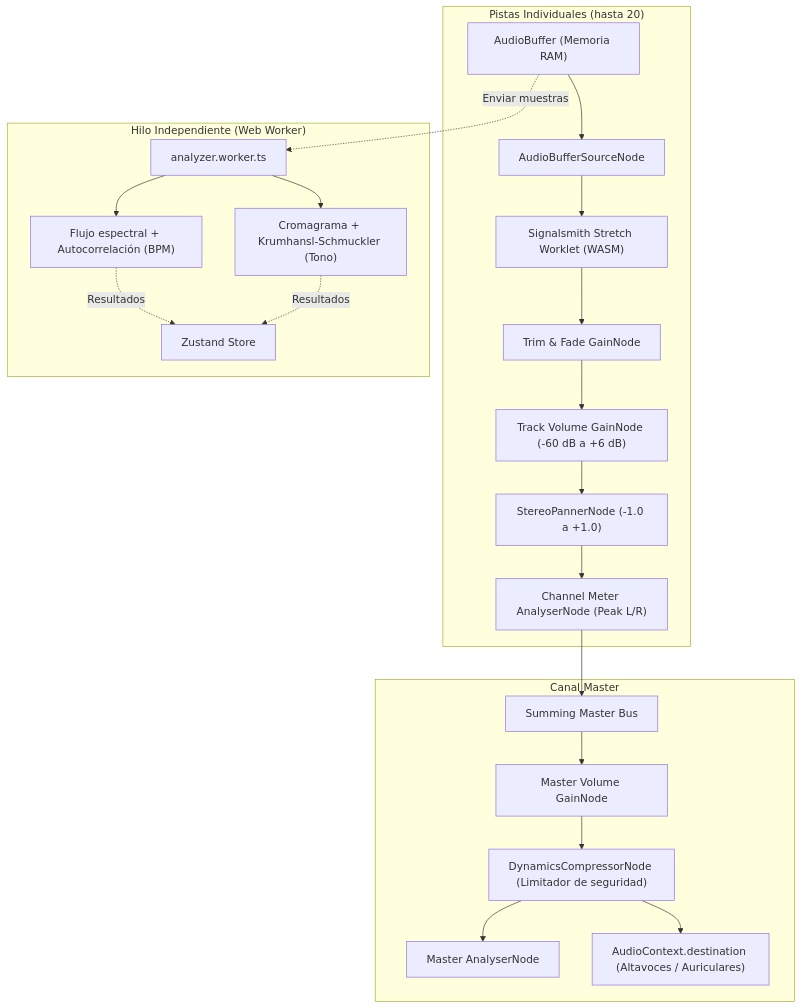
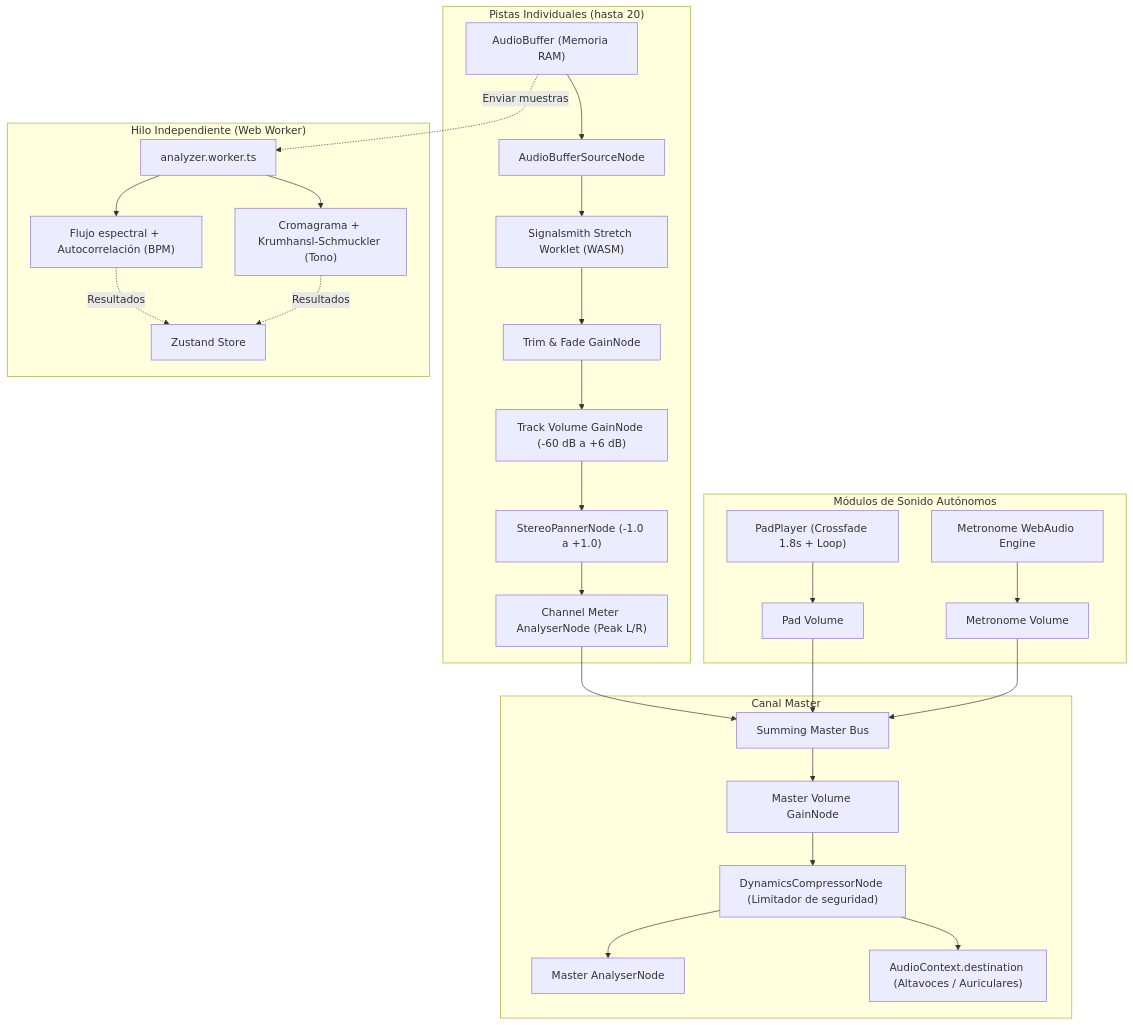
Before and after one commit to edgardovalladares/OpenMT: the diagram in README.md, drawn with Mermaid. The commit also changed other lines of this file, not shown here.

Commit message:
docs: update README with worship pads, metronome, continuous timeline and releases downloads

````diff
--- a/README.md
+++ b/README.md
@@ -174,27 +207,34 @@
 ```mermaid
 flowchart TD
     subgraph Pistas ["Pistas Individuales (hasta 20)"]
         AudioBuffer["AudioBuffer (Memoria RAM)"] --> PlayheadNode["AudioBufferSourceNode"]
         PlayheadNode --> StretchNode["Signalsmith Stretch Worklet (WASM)"]
         StretchNode --> TrimFadeGain["Trim & Fade GainNode"]
         TrimFadeGain --> TrackGain["Track Volume GainNode (-60 dB a +6 dB)"]
         TrackGain --> StereoPanner["StereoPannerNode (-1.0 a +1.0)"]
         StereoPanner --> MeterTap["Channel Meter AnalyserNode (Peak L/R)"]
     end
 
+    subgraph ModulosIndependientes ["Módulos de Sonido Autónomos"]
+        PadEngine["PadPlayer (Crossfade 1.8s + Loop)"] --> PadGain["Pad Volume"]
+        MetronomeEngine["Metronome WebAudio Engine"] --> MetronomeGain["Metronome Volume"]
+    end
+
     subgraph BusMaster ["Canal Master"]
         MeterTap --> MasterBus["Summing Master Bus"]
+        PadGain --> MasterBus
+        MetronomeGain --> MasterBus
         MasterBus --> MasterGain["Master Volume GainNode"]
         MasterGain --> MasterLimiter["DynamicsCompressorNode (Limitador de seguridad)"]
         MasterLimiter --> MasterMeter["Master AnalyserNode"]
         MasterLimiter --> AudioDestination["AudioContext.destination (Altavoces / Auriculares)"]
     end
 
     subgraph HiloBackground ["Hilo Independiente (Web Worker)"]
         AudioBuffer -. Enviar muestras .-> Worker["analyzer.worker.ts"]
         Worker --> SpectralFlux["Flujo espectral + Autocorrelación (BPM)"]
         Worker --> Chromagram["Cromagrama + Krumhansl-Schmuckler (Tono)"]
         SpectralFlux -. Resultados .-> Store["Zustand Store"]
         Chromagram -. Resultados .-> Store
     end
 ```
````
